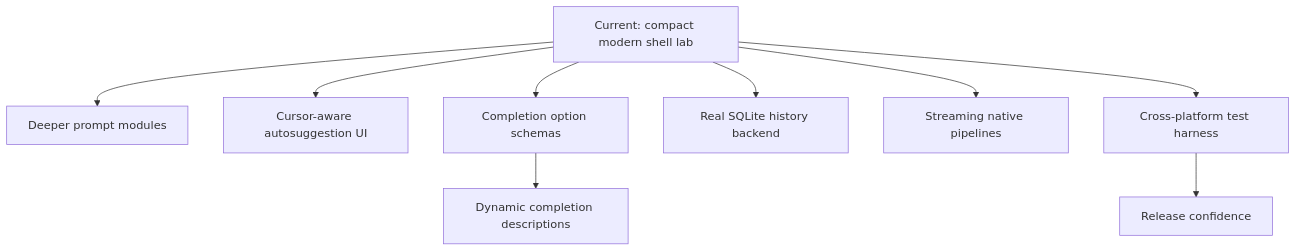
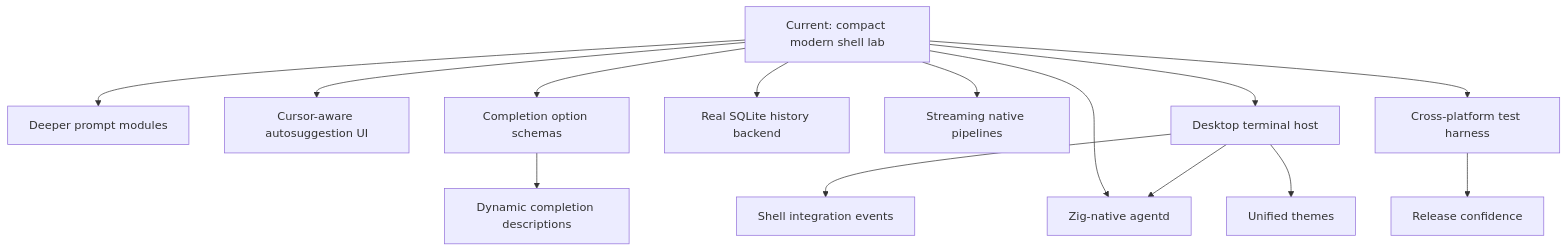
Before and after one commit to PascalAI2024/ZiggyZag: the first of 2 diagrams in docs/FEATURES.md, drawn with Mermaid. The commit also changed other lines of this file and 51 other files, not shown here.

````diff
--- a/docs/FEATURES.md
+++ b/docs/FEATURES.md
@@ -27,11 +37,16 @@
 ```mermaid
 flowchart TD
     now["Current: compact modern shell lab"] --> prompt["Deeper prompt modules"]
     now --> suggest["Cursor-aware autosuggestion UI"]
     now --> completion["Completion option schemas"]
     now --> sqlite["Real SQLite history backend"]
     now --> native["Streaming native pipelines"]
+    now --> desktop["Desktop terminal host"]
+    now --> agentd["Zig-native agentd"]
+    desktop --> protocol["Shell integration events"]
+    desktop --> agentd
+    desktop --> themes["Unified themes"]
     now --> tests["Cross-platform test harness"]
     completion --> descriptions["Dynamic completion descriptions"]
     tests --> releases["Release confidence"]
 ```
````
